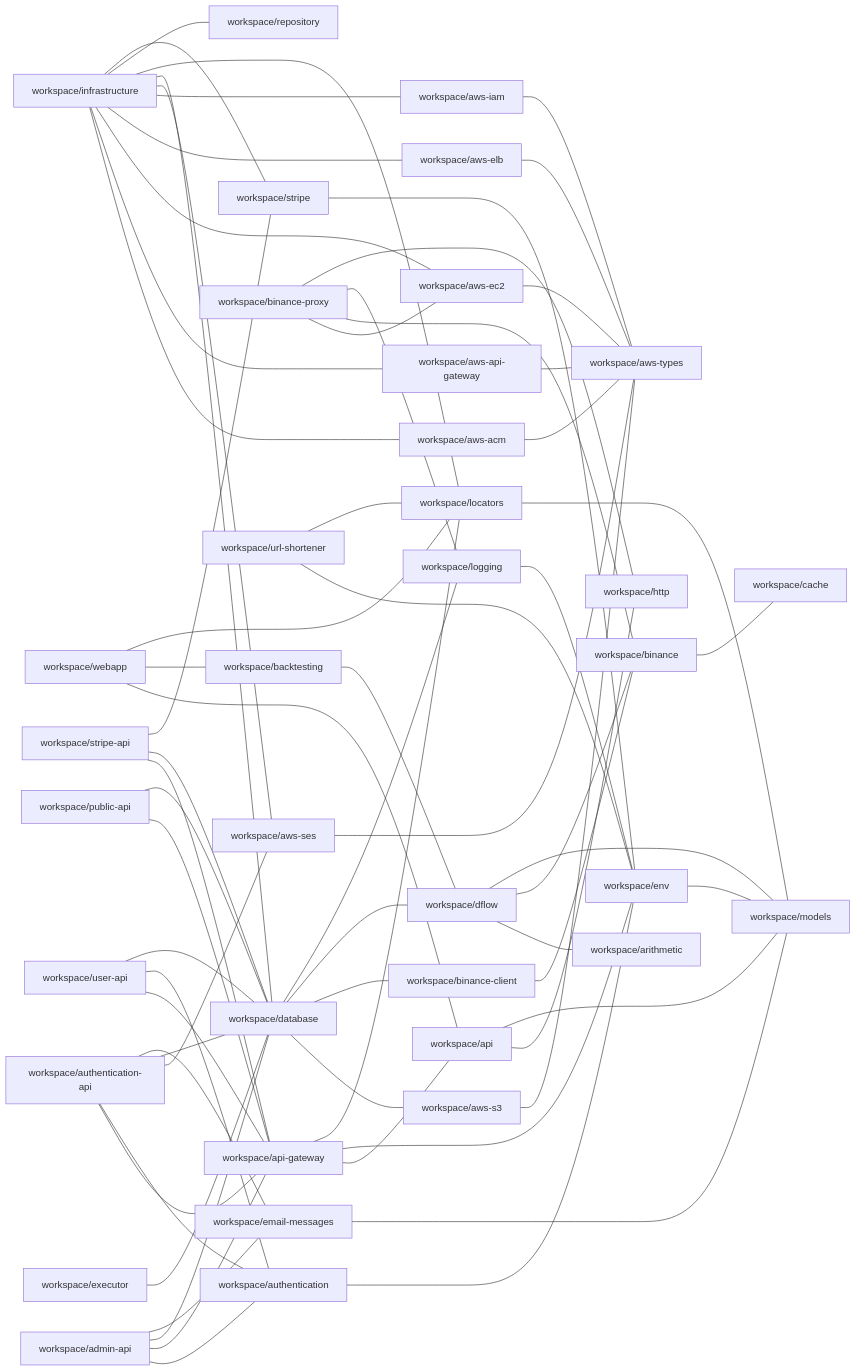
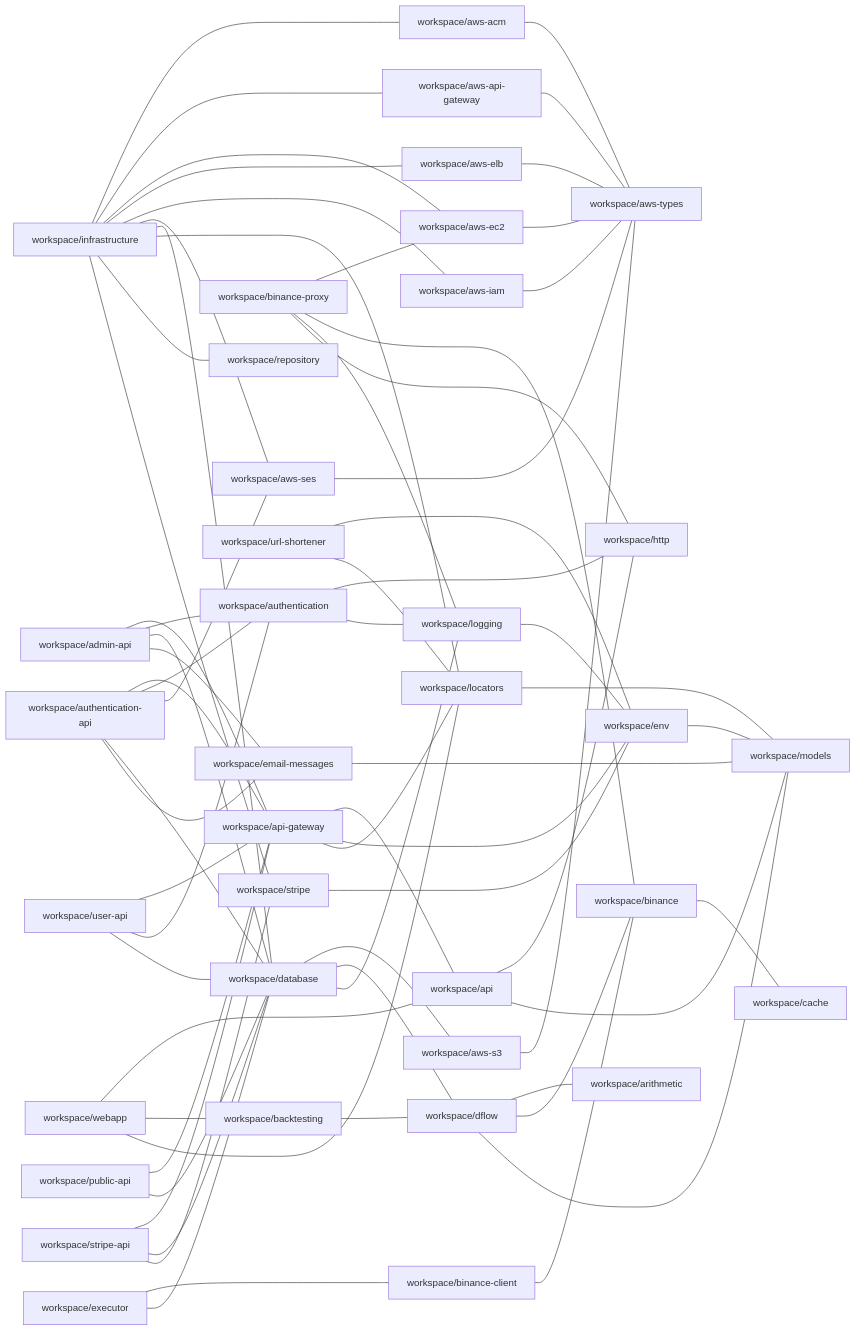
One commit to ggbot-org/ggbot changed the diagram in docs/npm-dependencies.md. Above: the diagram before and after it, drawn with Mermaid. The commit also changed 7 other files, not shown here.

Commit message:
move binance from database to executor

````diff
--- a/docs/npm-dependencies.md
+++ b/docs/npm-dependencies.md
@@ -5,68 +5,69 @@
 ```mermaid
 graph LR
+    workspace/admin-api --- workspace/api-gateway
     workspace/admin-api --- workspace/authentication
-    workspace/admin-api --- workspace/api-gateway
     workspace/admin-api --- workspace/database
     workspace/admin-api --- workspace/email-messages
     workspace/api --- workspace/http
     workspace/api --- workspace/models
     workspace/api-gateway --- workspace/api
     workspace/api-gateway --- workspace/env
     workspace/api-gateway --- workspace/locators
-    workspace/authentication --- workspace/env
+    workspace/authentication --- workspace/http
+    workspace/authentication --- workspace/logging
     workspace/authentication-api --- workspace/api-gateway
     workspace/authentication-api --- workspace/authentication
     workspace/authentication-api --- workspace/aws-ses
     workspace/authentication-api --- workspace/database
     workspace/authentication-api --- workspace/email-messages
     workspace/aws-acm --- workspace/aws-types
     workspace/aws-api-gateway --- workspace/aws-types
     workspace/aws-ec2 --- workspace/aws-types
     workspace/aws-elb --- workspace/aws-types
     workspace/aws-iam --- workspace/aws-types
     workspace/aws-s3 --- workspace/aws-types
     workspace/aws-ses --- workspace/aws-types
     workspace/backtesting --- workspace/dflow
     workspace/binance --- workspace/cache
     workspace/binance-client --- workspace/binance
     workspace/binance-proxy --- workspace/aws-ec2
     workspace/binance-proxy --- workspace/binance
     workspace/binance-proxy --- workspace/logging
     workspace/binance-proxy --- workspace/http
     workspace/database --- workspace/aws-s3
-    workspace/database --- workspace/binance-client
     workspace/database --- workspace/dflow
     workspace/database --- workspace/logging
     workspace/dflow --- workspace/arithmetic
     workspace/dflow --- workspace/binance
     workspace/dflow --- workspace/models
     workspace/email-messages --- workspace/models
     workspace/env --- workspace/models
+    workspace/executor --- workspace/binance-client
     workspace/executor --- workspace/database
     workspace/infrastructure --- workspace/aws-acm
     workspace/infrastructure --- workspace/aws-api-gateway
     workspace/infrastructure --- workspace/aws-ec2
     workspace/infrastructure --- workspace/aws-elb
     workspace/infrastructure --- workspace/aws-iam
     workspace/infrastructure --- workspace/aws-ses
     workspace/infrastructure --- workspace/database
     workspace/infrastructure --- workspace/locators
     workspace/infrastructure --- workspace/repository
     workspace/infrastructure --- workspace/stripe
     workspace/locators --- workspace/models
     workspace/logging --- workspace/env
     workspace/public-api --- workspace/api-gateway
     workspace/public-api --- workspace/database
     workspace/stripe --- workspace/env
     workspace/stripe-api --- workspace/api-gateway
     workspace/stripe-api --- workspace/database
     workspace/stripe-api --- workspace/stripe
     workspace/url-shortener --- workspace/env
     workspace/url-shortener --- workspace/locators
     workspace/user-api --- workspace/api-gateway
     workspace/user-api --- workspace/authentication
     workspace/user-api --- workspace/database
     workspace/webapp --- workspace/api
     workspace/webapp --- workspace/backtesting
     workspace/webapp --- workspace/locators
 ```
````
